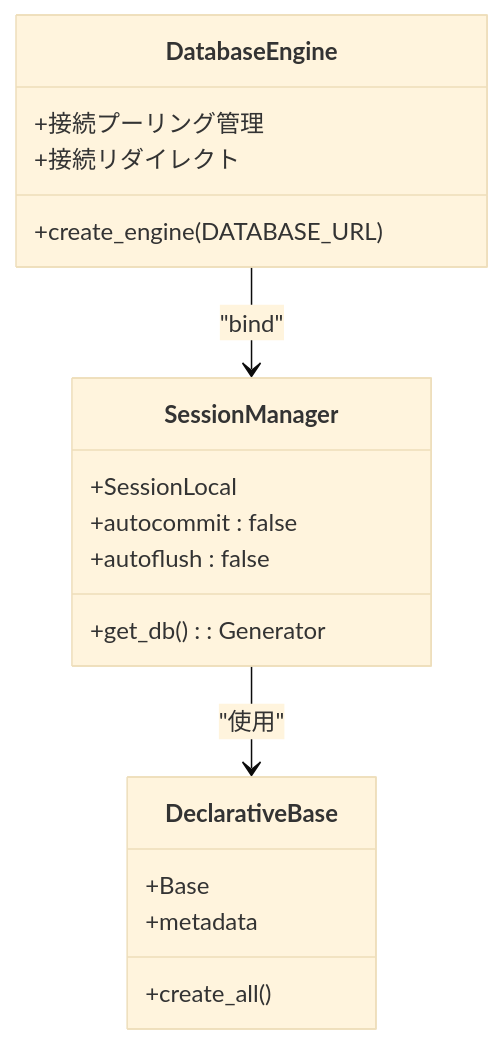
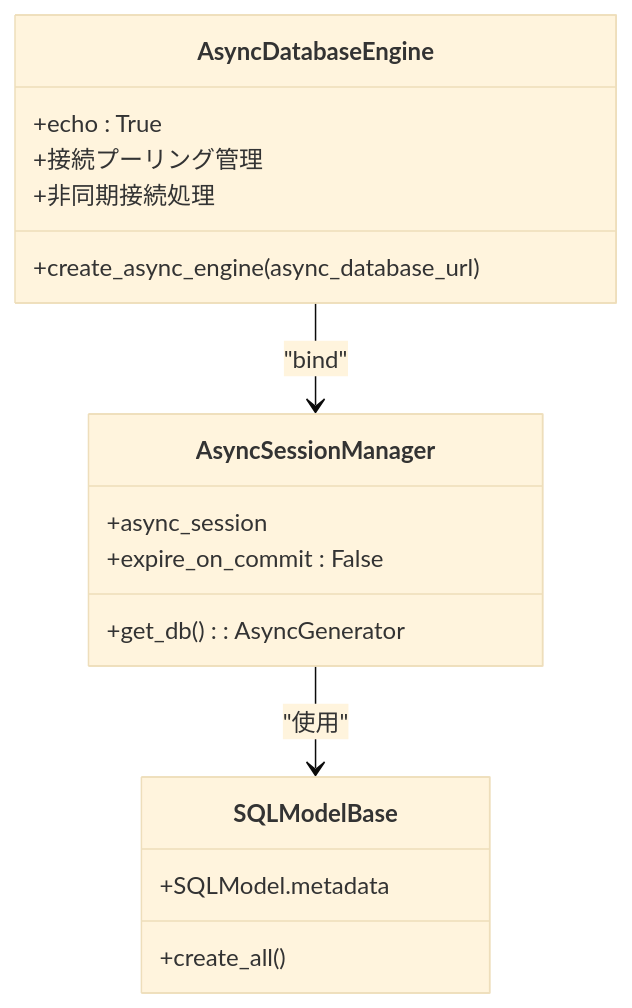
The third of 8 diagrams in .qoder/repowiki/ja/content/アーキテクチャ/データベースアーキテクチャ.md (ss8806/Todos), drawn with Mermaid (base theme) before and after one commit. The commit also changed other lines of this file and 11 other files, not shown here.

````diff
--- a/.qoder/repowiki/ja/content/アーキテクチャ/データベースアーキテクチャ.md
+++ b/.qoder/repowiki/ja/content/アーキテクチャ/データベースアーキテクチャ.md
@@ -137,21 +160,20 @@
 ```mermaid
 classDiagram
-class DatabaseEngine {
-+create_engine(DATABASE_URL)
+class AsyncDatabaseEngine {
++create_async_engine(async_database_url)
++echo : True
 +接続プーリング管理
-+接続リダイレクト
++非同期接続処理
 }
-class SessionManager {
-+SessionLocal
-+autocommit : false
-+autoflush : false
-+get_db() : Generator
+class AsyncSessionManager {
++async_session
++expire_on_commit : False
++get_db() : AsyncGenerator
 }
-class DeclarativeBase {
-+Base
-+metadata
+class SQLModelBase {
++SQLModel.metadata
 +create_all()
 }
-DatabaseEngine --> SessionManager : "bind"
-SessionManager --> DeclarativeBase : "使用"
+AsyncDatabaseEngine --> AsyncSessionManager : "bind"
+AsyncSessionManager --> SQLModelBase : "使用"
 ```
````
